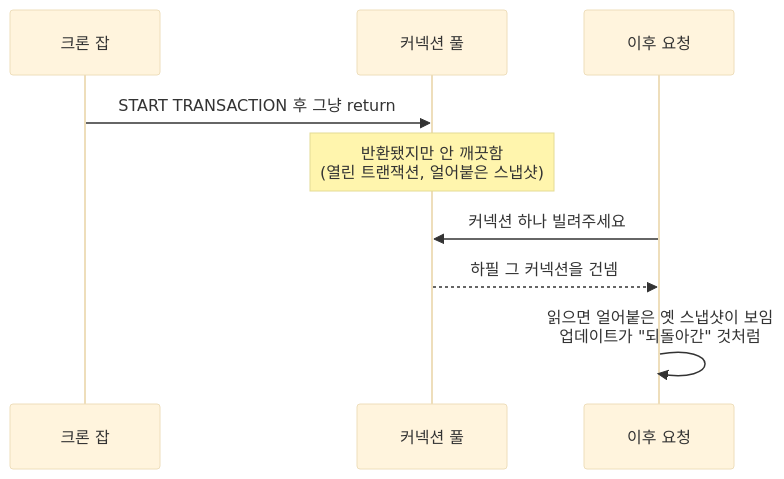
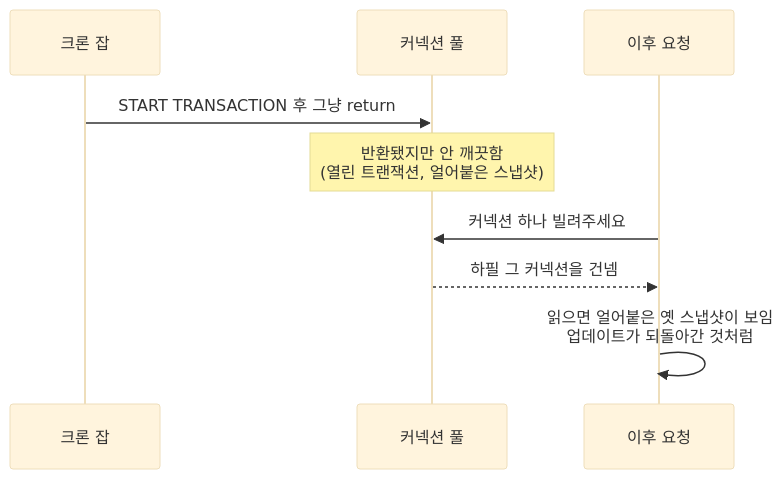
Before and after one commit to kukjun/blog: the diagram in src/content/blog/ko/unclosed-transaction-pool.md, drawn with Mermaid (base theme). The commit also changed other lines of this file and 1 other file, not shown here.

````diff
--- a/src/content/blog/ko/unclosed-transaction-pool.md
+++ b/src/content/blog/ko/unclosed-transaction-pool.md
@@ -89,11 +88,11 @@
 ```mermaid
 sequenceDiagram
   participant Cron as 크론 잡
   participant Pool as 커넥션 풀
   participant User as 이후 요청
   Cron->>Pool: START TRANSACTION 후 그냥 return
   Note over Pool: 반환됐지만 안 깨끗함<br/>(열린 트랜잭션, 얼어붙은 스냅샷)
   User->>Pool: 커넥션 하나 빌려주세요
   Pool-->>User: 하필 그 커넥션을 건넴
-  User->>User: 읽으면 얼어붙은 옛 스냅샷이 보임<br/>업데이트가 "되돌아간" 것처럼
+  User->>User: 읽으면 얼어붙은 옛 스냅샷이 보임<br/>업데이트가 되돌아간 것처럼
 ```
````
